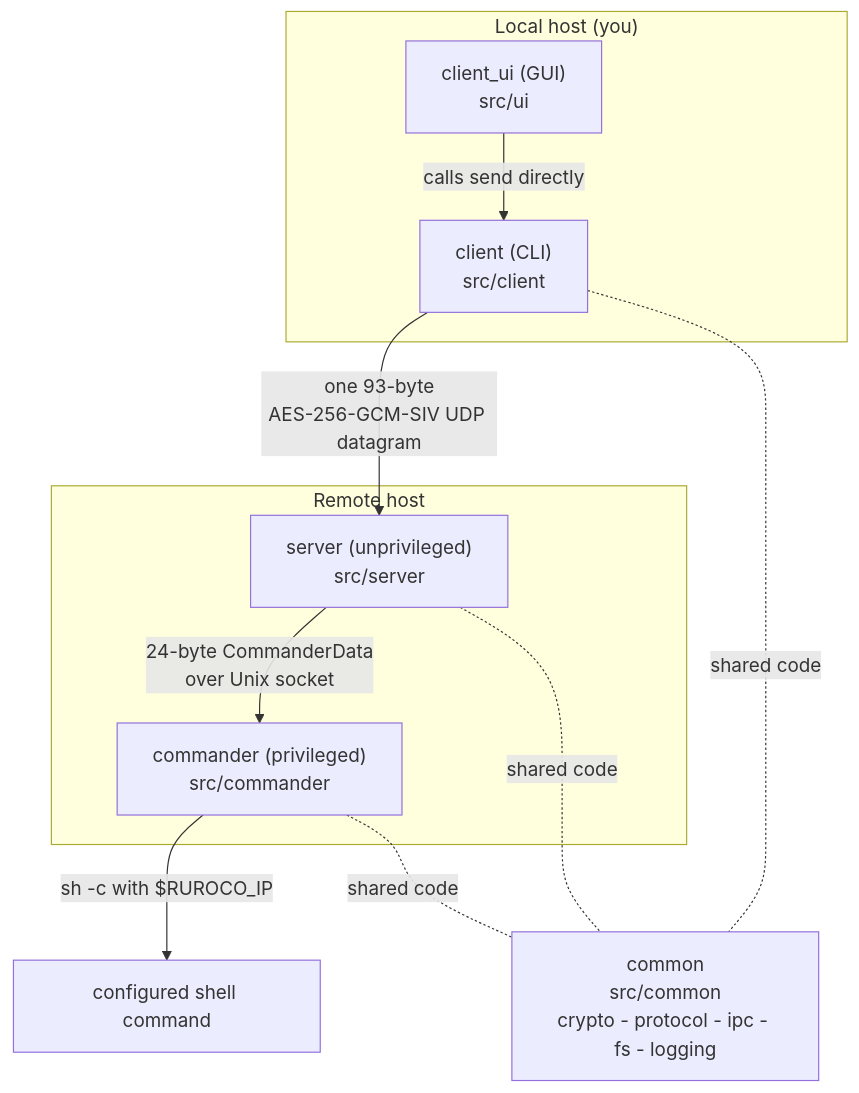
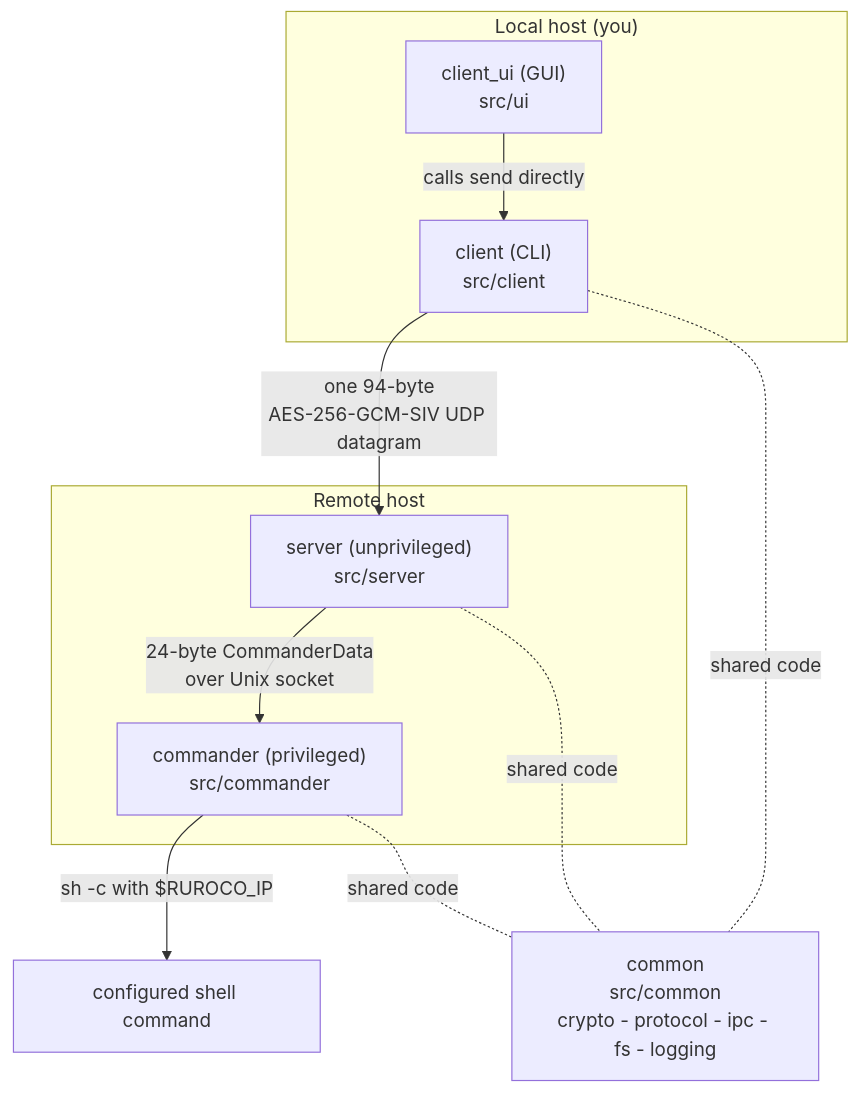
Before and after one commit to beac0n/ruroco: the second of 2 diagrams in docs/src/architecture/overview.md, drawn with Mermaid. The commit also changed 15 other files, not shown here.

````diff
--- a/docs/src/architecture/overview.md
+++ b/docs/src/architecture/overview.md
@@ -84,20 +84,20 @@
 ```mermaid
 flowchart TB
     subgraph local["Local host (you)"]
         UI["client_ui (GUI)<br/>src/ui"]
         CLI["client (CLI)<br/>src/client"]
         UI -->|calls send directly| CLI
     end
     subgraph remote["Remote host"]
         SRV["server (unprivileged)<br/>src/server"]
         CMD["commander (privileged)<br/>src/commander"]
         SRV -->|24-byte CommanderData<br/>over Unix socket| CMD
     end
-    CLI -->|"one 93-byte<br/>AES-256-GCM-SIV UDP datagram"| SRV
+    CLI -->|"one 94-byte<br/>AES-256-GCM-SIV UDP datagram"| SRV
     CMD -->|"sh -c with $RUROCO_IP"| OS["configured shell command"]
 
     COM["common<br/>src/common<br/>crypto - protocol - ipc - fs - logging"]
     CLI -.shared code.- COM
     SRV -.shared code.- COM
     CMD -.shared code.- COM
 ```
````
